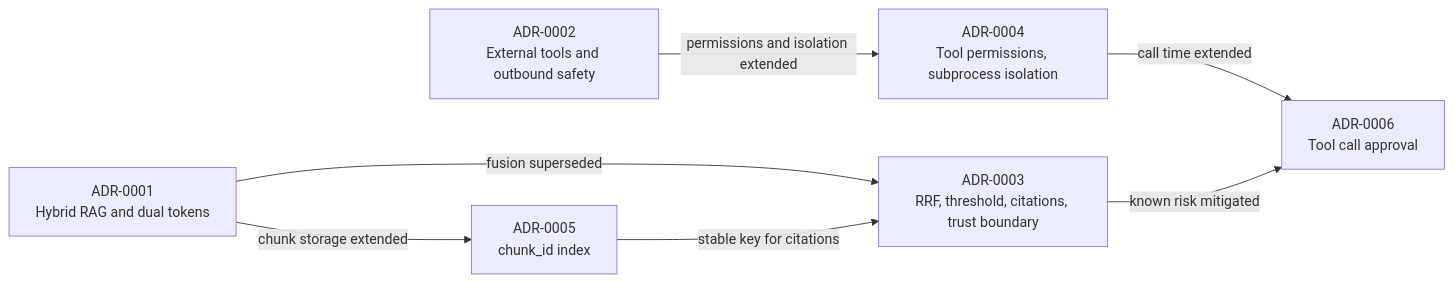
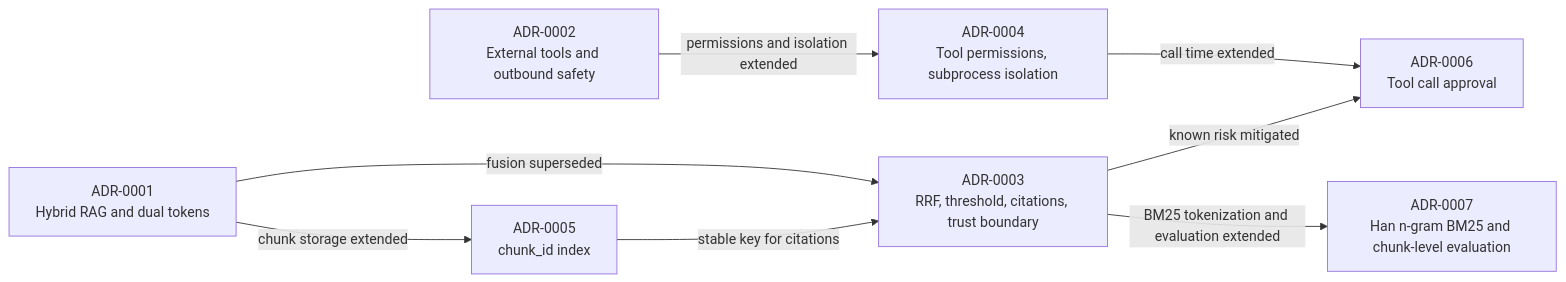
The diagram in docs/adr/README_en.md (Scorpio-meow/AskMiao), drawn with Mermaid before and after one commit. The commit also changed other lines of this file and 163 other files, not shown here.

````diff
--- a/docs/adr/README_en.md
+++ b/docs/adr/README_en.md
@@ -20,9 +21,10 @@
 ```mermaid
 flowchart LR
     A1["ADR-0001<br/>Hybrid RAG and dual tokens"] -->|fusion superseded| A3["ADR-0003<br/>RRF, threshold, citations, trust boundary"]
     A1 -->|chunk storage extended| A5["ADR-0005<br/>chunk_id index"]
     A5 -->|stable key for citations| A3
     A2["ADR-0002<br/>External tools and outbound safety"] -->|permissions and isolation extended| A4["ADR-0004<br/>Tool permissions, subprocess isolation"]
     A4 -->|call time extended| A6["ADR-0006<br/>Tool call approval"]
     A3 -->|known risk mitigated| A6
+    A3 -->|BM25 tokenization and evaluation extended| A7["ADR-0007<br/>Han n-gram BM25 and chunk-level evaluation"]
 ```
````
